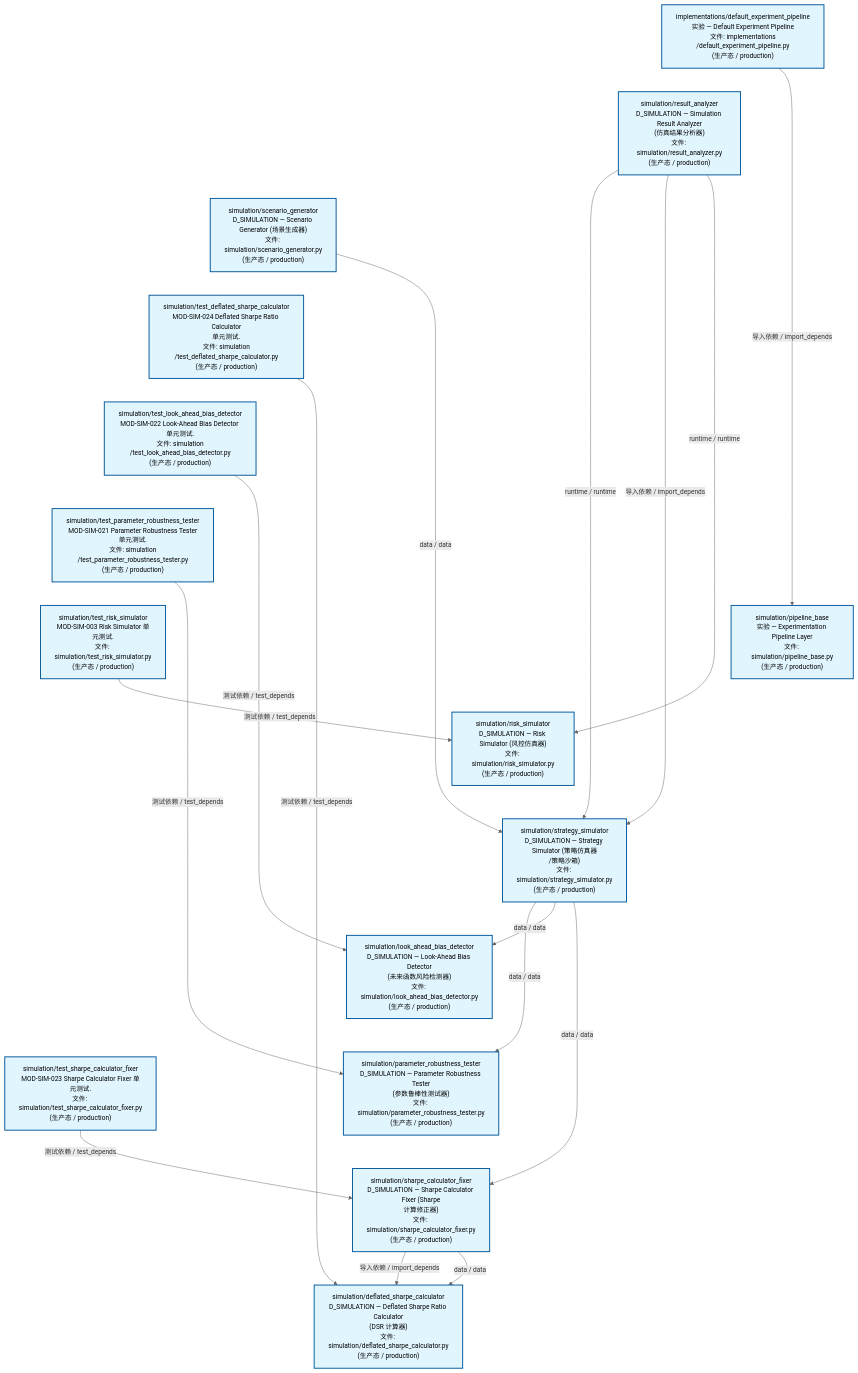
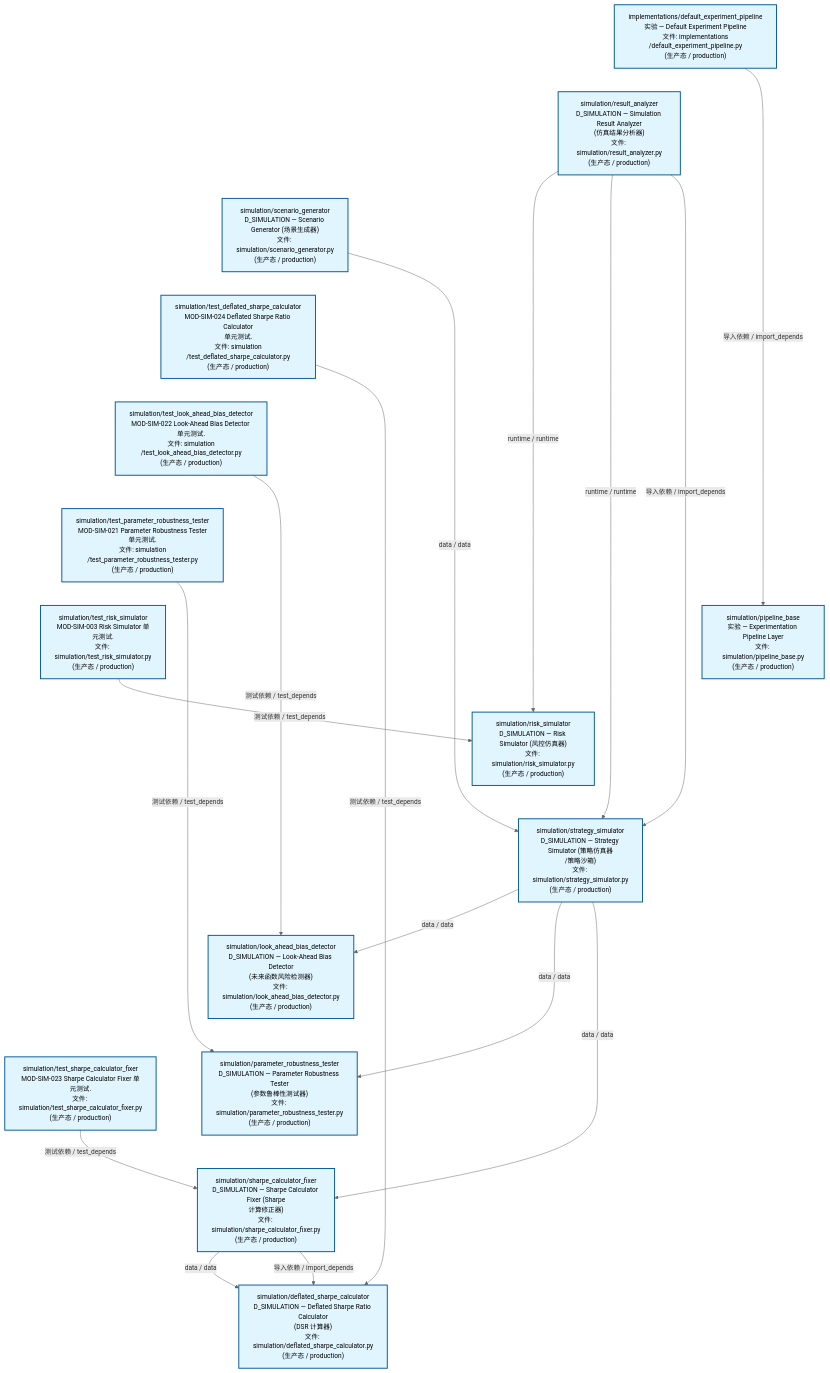
The second of 3 diagrams in docs/02_enterprise_architecture/02_domain_architecture_docs/70_d_simulation.md (xuanFelixVan/ZephyrAlpha), drawn with Mermaid before and after one commit. The commit also changed other lines of this file and 46 other files, not shown here.

````diff
--- a/docs/02_enterprise_architecture/02_domain_architecture_docs/70_d_simulation.md
+++ b/docs/02_enterprise_architecture/02_domain_architecture_docs/70_d_simulation.md
@@ -123,50 +123,50 @@
 ```mermaid
 %%{init: {'theme': 'base', 'themeVariables': {'primaryColor': '#eaeaea', 'primaryTextColor': '#333333', 'primaryBorderColor': '#666666', 'lineColor': '#666666', 'secondaryColor': '#eaeaea', 'tertiaryColor': '#eaeaea', 'fontSize': '14px'}}}%%
 flowchart TD
     src_zephyr_simulation_implementations_default_experiment_pipeline_py["implementations/default_experiment_pipeline<br/>实验 — Default Experiment Pipeline<br/>文件: implementations<br/>/default_experiment_pipeline.py<br/>(生产态 / production)"]
     src_zephyr_simulation_result_analyzer_py["simulation/result_analyzer<br/>D_SIMULATION — Simulation Result Analyzer<br/>(仿真结果分析器)<br/>文件: simulation/result_analyzer.py<br/>(生产态 / production)"]
     src_zephyr_simulation_scenario_generator_py["simulation/scenario_generator<br/>D_SIMULATION — Scenario Generator (场景生成器)<br/>文件: simulation/scenario_generator.py<br/>(生产态 / production)"]
     tests_simulation_test_deflated_sharpe_calculator_py["simulation/test_deflated_sharpe_calculator<br/>MOD-SIM-024 Deflated Sharpe Ratio Calculator<br/>单元测试.<br/>文件: simulation<br/>/test_deflated_sharpe_calculator.py<br/>(生产态 / production)"]
     tests_simulation_test_look_ahead_bias_detector_py["simulation/test_look_ahead_bias_detector<br/>MOD-SIM-022 Look-Ahead Bias Detector 单元测试.<br/>文件: simulation<br/>/test_look_ahead_bias_detector.py<br/>(生产态 / production)"]
     tests_simulation_test_parameter_robustness_tester_py["simulation/test_parameter_robustness_tester<br/>MOD-SIM-021 Parameter Robustness Tester<br/>单元测试.<br/>文件: simulation<br/>/test_parameter_robustness_tester.py<br/>(生产态 / production)"]
     tests_simulation_test_risk_simulator_py["simulation/test_risk_simulator<br/>MOD-SIM-003 Risk Simulator 单元测试.<br/>文件: simulation/test_risk_simulator.py<br/>(生产态 / production)"]
     tests_simulation_test_sharpe_calculator_fixer_py["simulation/test_sharpe_calculator_fixer<br/>MOD-SIM-023 Sharpe Calculator Fixer 单元测试.<br/>文件: simulation/test_sharpe_calculator_fixer.py<br/>(生产态 / production)"]
     src_zephyr_simulation_implementations_default_experiment_pipeline_py ~~~ src_zephyr_simulation_result_analyzer_py
     src_zephyr_simulation_result_analyzer_py ~~~ src_zephyr_simulation_scenario_generator_py
     src_zephyr_simulation_scenario_generator_py ~~~ tests_simulation_test_deflated_sharpe_calculator_py
     tests_simulation_test_deflated_sharpe_calculator_py ~~~ tests_simulation_test_look_ahead_bias_detector_py
     tests_simulation_test_look_ahead_bias_detector_py ~~~ tests_simulation_test_parameter_robustness_tester_py
     tests_simulation_test_parameter_robustness_tester_py ~~~ tests_simulation_test_risk_simulator_py
     tests_simulation_test_risk_simulator_py ~~~ tests_simulation_test_sharpe_calculator_fixer_py
     src_zephyr_simulation_pipeline_base_py["simulation/pipeline_base<br/>实验 — Experimentation Pipeline Layer<br/>文件: simulation/pipeline_base.py<br/>(生产态 / production)"]
     src_zephyr_simulation_risk_simulator_py["simulation/risk_simulator<br/>D_SIMULATION — Risk Simulator (风控仿真器)<br/>文件: simulation/risk_simulator.py<br/>(生产态 / production)"]
     src_zephyr_simulation_strategy_simulator_py["simulation/strategy_simulator<br/>D_SIMULATION — Strategy Simulator (策略仿真器<br/>/策略沙箱)<br/>文件: simulation/strategy_simulator.py<br/>(生产态 / production)"]
     src_zephyr_simulation_pipeline_base_py ~~~ src_zephyr_simulation_risk_simulator_py
     src_zephyr_simulation_risk_simulator_py ~~~ src_zephyr_simulation_strategy_simulator_py
     src_zephyr_simulation_look_ahead_bias_detector_py["simulation/look_ahead_bias_detector<br/>D_SIMULATION — Look-Ahead Bias Detector<br/>(未来函数风险检测器)<br/>文件: simulation/look_ahead_bias_detector.py<br/>(生产态 / production)"]
     src_zephyr_simulation_parameter_robustness_tester_py["simulation/parameter_robustness_tester<br/>D_SIMULATION — Parameter Robustness Tester<br/>(参数鲁棒性测试器)<br/>文件: simulation/parameter_robustness_tester.py<br/>(生产态 / production)"]
     src_zephyr_simulation_sharpe_calculator_fixer_py["simulation/sharpe_calculator_fixer<br/>D_SIMULATION — Sharpe Calculator Fixer (Sharpe<br/>计算修正器)<br/>文件: simulation/sharpe_calculator_fixer.py<br/>(生产态 / production)"]
     src_zephyr_simulation_look_ahead_bias_detector_py ~~~ src_zephyr_simulation_parameter_robustness_tester_py
     src_zephyr_simulation_parameter_robustness_tester_py ~~~ src_zephyr_simulation_sharpe_calculator_fixer_py
     src_zephyr_simulation_deflated_sharpe_calculator_py["simulation/deflated_sharpe_calculator<br/>D_SIMULATION — Deflated Sharpe Ratio Calculator<br/>(DSR 计算器)<br/>文件: simulation/deflated_sharpe_calculator.py<br/>(生产态 / production)"]
+    src_zephyr_simulation_result_analyzer_py -->|runtime / runtime| src_zephyr_simulation_risk_simulator_py
     src_zephyr_simulation_result_analyzer_py -->|runtime / runtime| src_zephyr_simulation_strategy_simulator_py
     src_zephyr_simulation_result_analyzer_py -->|导入依赖 / import_depends| src_zephyr_simulation_strategy_simulator_py
-    src_zephyr_simulation_result_analyzer_py -->|runtime / runtime| src_zephyr_simulation_risk_simulator_py
     src_zephyr_simulation_scenario_generator_py -->|data / data| src_zephyr_simulation_strategy_simulator_py
+    src_zephyr_simulation_implementations_default_experiment_pipeline_py -->|导入依赖 / import_depends| src_zephyr_simulation_pipeline_base_py
+    src_zephyr_simulation_sharpe_calculator_fixer_py -->|data / data| src_zephyr_simulation_deflated_sharpe_calculator_py
+    src_zephyr_simulation_sharpe_calculator_fixer_py -->|导入依赖 / import_depends| src_zephyr_simulation_deflated_sharpe_calculator_py
+    src_zephyr_simulation_strategy_simulator_py -->|data / data| src_zephyr_simulation_look_ahead_bias_detector_py
     src_zephyr_simulation_strategy_simulator_py -->|data / data| src_zephyr_simulation_parameter_robustness_tester_py
-    src_zephyr_simulation_strategy_simulator_py -->|data / data| src_zephyr_simulation_look_ahead_bias_detector_py
     src_zephyr_simulation_strategy_simulator_py -->|data / data| src_zephyr_simulation_sharpe_calculator_fixer_py
-    src_zephyr_simulation_implementations_default_experiment_pipeline_py -->|导入依赖 / import_depends| src_zephyr_simulation_pipeline_base_py
-    src_zephyr_simulation_sharpe_calculator_fixer_py -->|导入依赖 / import_depends| src_zephyr_simulation_deflated_sharpe_calculator_py
-    src_zephyr_simulation_sharpe_calculator_fixer_py -->|data / data| src_zephyr_simulation_deflated_sharpe_calculator_py
-    tests_simulation_test_deflated_sharpe_calculator_py -->|测试依赖 / test_depends| src_zephyr_simulation_deflated_sharpe_calculator_py
     tests_simulation_test_look_ahead_bias_detector_py -->|测试依赖 / test_depends| src_zephyr_simulation_look_ahead_bias_detector_py
     tests_simulation_test_parameter_robustness_tester_py -->|测试依赖 / test_depends| src_zephyr_simulation_parameter_robustness_tester_py
+    tests_simulation_test_deflated_sharpe_calculator_py -->|测试依赖 / test_depends| src_zephyr_simulation_deflated_sharpe_calculator_py
     tests_simulation_test_risk_simulator_py -->|测试依赖 / test_depends| src_zephyr_simulation_risk_simulator_py
     tests_simulation_test_sharpe_calculator_fixer_py -->|测试依赖 / test_depends| src_zephyr_simulation_sharpe_calculator_fixer_py
     classDef production fill:#e1f5fe,stroke:#01579b,stroke-width:2px,color:#000
     classDef design fill:#fff3e0,stroke:#e65100,stroke-width:2px,color:#000,stroke-dasharray: 5 5
     classDef external_prod fill:#e8f4fd,stroke:#0277bd,stroke-width:1px,color:#000
     classDef external_design fill:#fff8e7,stroke:#ef6c00,stroke-width:1px,color:#000,stroke-dasharray: 5 5
     class src_zephyr_simulation_deflated_sharpe_calculator_py,src_zephyr_simulation_implementations_default_experiment_pipeline_py,src_zephyr_simulation_look_ahead_bias_detector_py,src_zephyr_simulation_parameter_robustness_tester_py,src_zephyr_simulation_pipeline_base_py,src_zephyr_simulation_result_analyzer_py,src_zephyr_simulation_risk_simulator_py,src_zephyr_simulation_scenario_generator_py,src_zephyr_simulation_sharpe_calculator_fixer_py,src_zephyr_simulation_strategy_simulator_py,tests_simulation_test_deflated_sharpe_calculator_py,tests_simulation_test_look_ahead_bias_detector_py,tests_simulation_test_parameter_robustness_tester_py,tests_simulation_test_risk_simulator_py,tests_simulation_test_sharpe_calculator_fixer_py production
 ```
````
